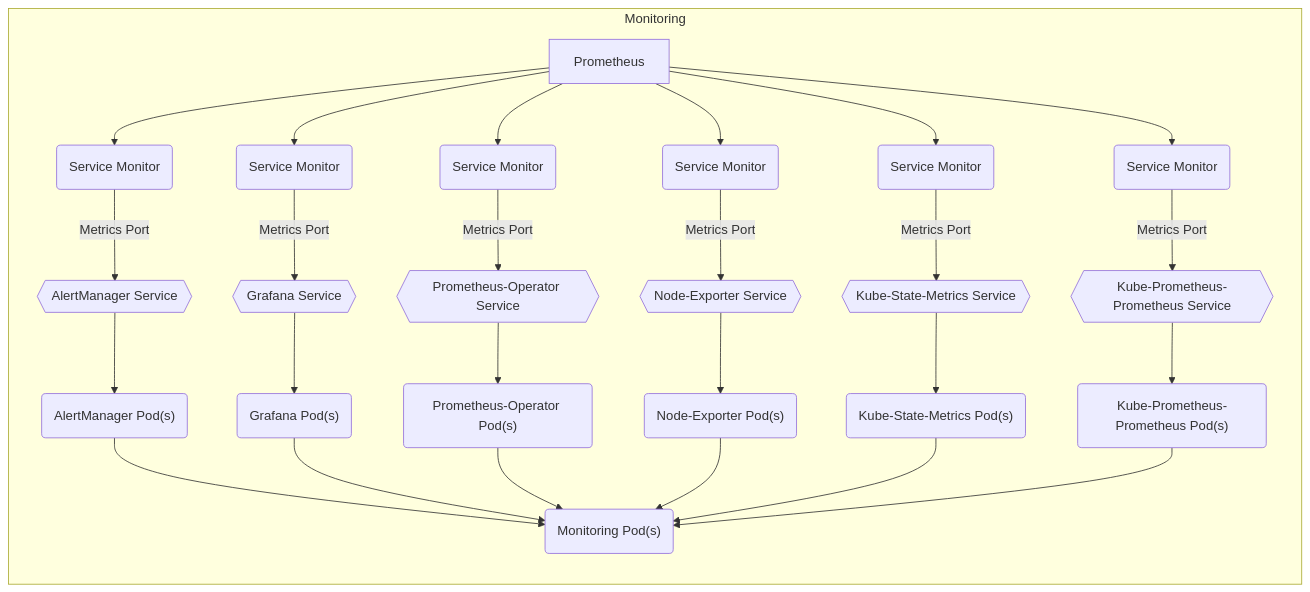
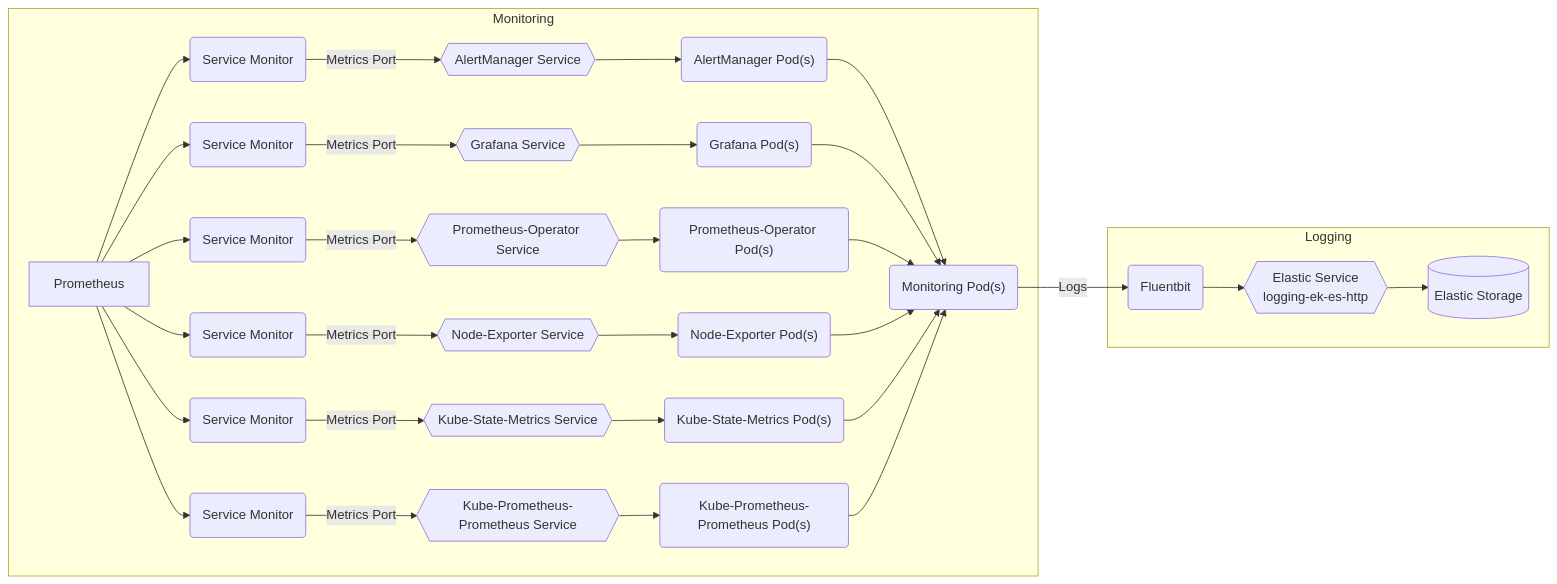
One commit to sbko/bigbang changed the diagram in charter/packages/monitoring/Architecture.md. Above: the diagram before and after it, drawn with Mermaid.

Commit message:
monitoring architecture

````diff
--- a/charter/packages/monitoring/Architecture.md
+++ b/charter/packages/monitoring/Architecture.md
@@ -12,33 +12,35 @@
  ```mermaid
 graph LR
   subgraph "Monitoring"
     alertmanagerpods("AlertManager Pod(s)") --> monitoringpods("Monitoring Pod(s)")
     alertmanagerservice{{AlertManager Service}} --> alertmanagerpods("AlertManager Pod(s)")
     alertmanagersvcmonitor("Service Monitor") --"Metrics Port"--> alertmanagerservice
     Prometheus --> alertmanagersvcmonitor("Service Monitor")
     grafanapods("Grafana Pod(s)") --> monitoringpods("Monitoring Pod(s)")
     grafanaservice{{Grafana Service}} --> grafanapods("Grafana Pod(s)")
     grafanasvcmonitor("Service Monitor") --"Metrics Port"--> grafanaservice
     Prometheus --> grafanasvcmonitor("Service Monitor")
     prometheusoperatorpods("Prometheus-Operator Pod(s)") --> monitoringpods("Monitoring Pod(s)")
     prometheusoperatorservice{{Prometheus-Operator Service}} -->  prometheusoperatorpods("Prometheus-Operator Pod(s)")
     prometheusoperatorsvcmonitor("Service Monitor") --"Metrics Port"--> prometheusoperatorservice
     Prometheus --> prometheusoperatorsvcmonitor("Service Monitor")
     nodeexporterpods("Node-Exporter Pod(s)") --> monitoringpods("Monitoring Pod(s)")
     nodeexporterservice{{Node-Exporter Service}} -->  nodeexporterpods("Node-Exporter Pod(s)")
     nodeexportersvcmonitor("Service Monitor") --"Metrics Port"-->  nodeexporterservice
     Prometheus --> nodeexportersvcmonitor("Service Monitor")
     kubestatemetricspods("Kube-State-Metrics Pod(s)") --> monitoringpods("Monitoring Pod(s)")
     kubestatemetricsservice{{Kube-State-Metrics Service}} -->  kubestatemetricspods("Kube-State-Metrics Pod(s)")
     kubestatemetricssvcmonitor("Service Monitor") --"Metrics Port"-->  kubestatemetricsservice
     Prometheus --> kubestatemetricssvcmonitor("Service Monitor")
     kubeprometheuspods("Kube-Prometheus-Prometheus Pod(s)") --> monitoringpods("Monitoring Pod(s)")
     kubeprometheusservice{{Kube-Prometheus-Prometheus Service}} -->  kubeprometheuspods("Kube-Prometheus-Prometheus Pod(s)")
     kubeprometheussvcmonitor("Service Monitor") --"Metrics Port"-->  kubeprometheusservice
     Prometheus --> kubeprometheussvcmonitor("Service Monitor")
-    
+  end
 
-    
+  subgraph "Logging"
+    monitoringpods("Monitoring Pod(s)") --"Logs"--> fluent(Fluentbit) --> logging-ek-es-http
+    logging-ek-es-http{{Elastic Service<br />logging-ek-es-http}} --> elastic[(Elastic Storage)]
   end
   
 ```   
````
